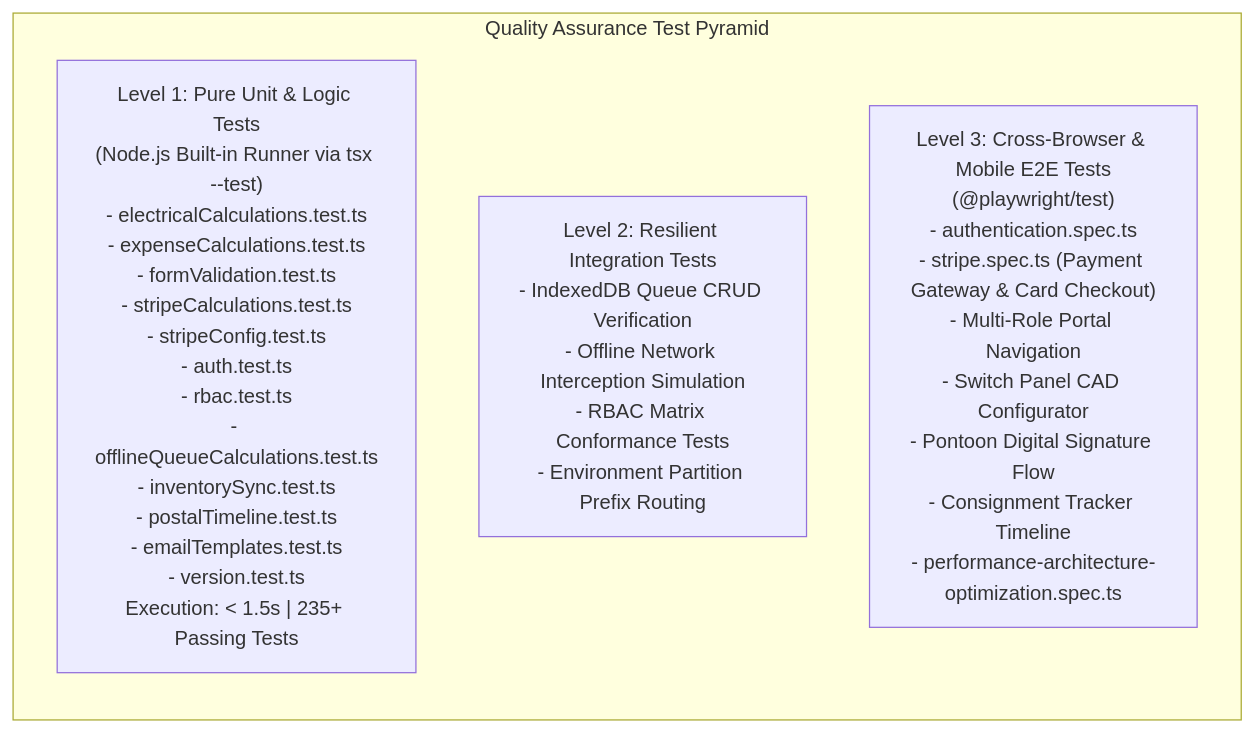
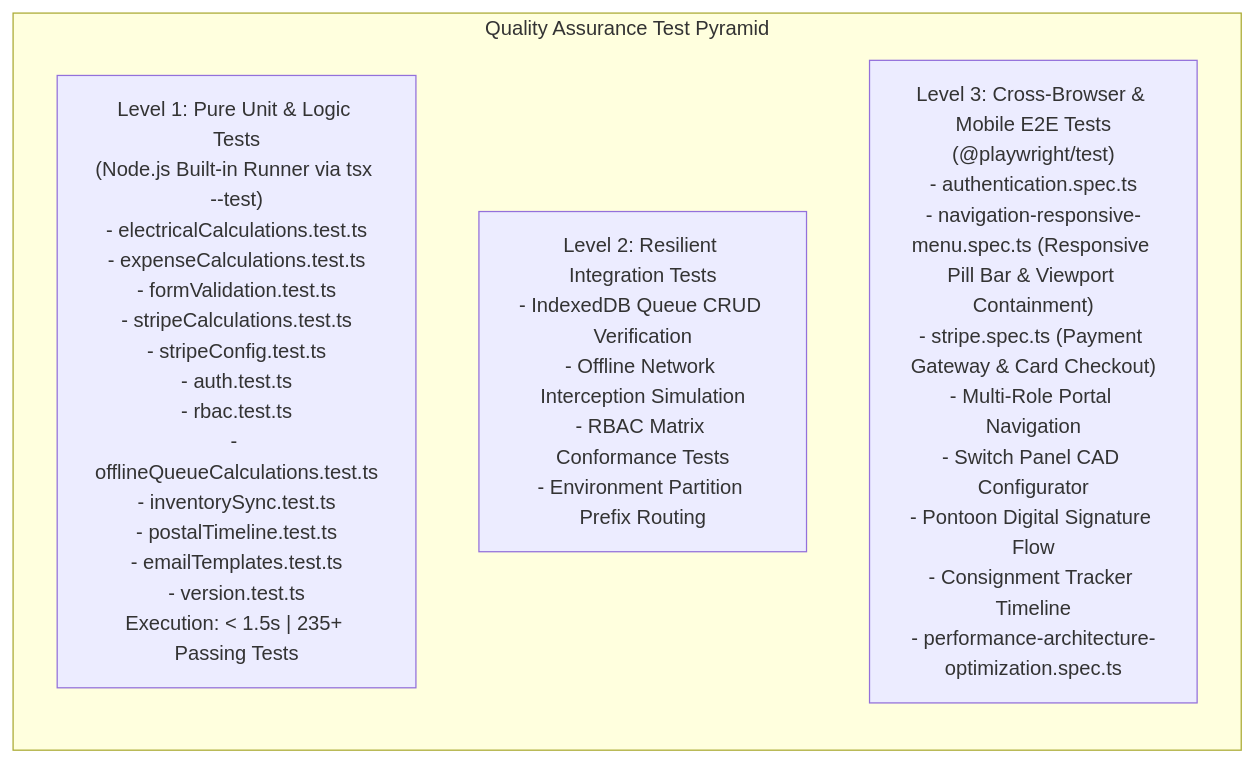
Before and after one commit to AnthonyWrather/ajwmes: the sixth of 7 diagrams in DESIGN.md, drawn with Mermaid. The commit also changed 3 other files, not shown here.

Commit message:
feat(navigation): unify consistent bordered pill styling, add domain icons, and fix admin viewport containment

````diff
--- a/DESIGN.md
+++ b/DESIGN.md
@@ -530,11 +530,11 @@
 ```mermaid
 graph BT
     subgraph TestPyramid["Quality Assurance Test Pyramid"]
         direction BT
         Unit["Level 1: Pure Unit & Logic Tests\n(Node.js Built-in Runner via tsx --test)\n- electricalCalculations.test.ts\n- expenseCalculations.test.ts\n- formValidation.test.ts\n- stripeCalculations.test.ts\n- stripeConfig.test.ts\n- auth.test.ts\n- rbac.test.ts\n- offlineQueueCalculations.test.ts\n- inventorySync.test.ts\n- postalTimeline.test.ts\n- emailTemplates.test.ts\n- version.test.ts\nExecution: < 1.5s | 235+ Passing Tests"]
         
         Integration["Level 2: Resilient Integration Tests\n- IndexedDB Queue CRUD Verification\n- Offline Network Interception Simulation\n- RBAC Matrix Conformance Tests\n- Environment Partition Prefix Routing"]
         
-        E2E["Level 3: Cross-Browser & Mobile E2E Tests\n(@playwright/test)\n- authentication.spec.ts\n- stripe.spec.ts (Payment Gateway & Card Checkout)\n- Multi-Role Portal Navigation\n- Switch Panel CAD Configurator\n- Pontoon Digital Signature Flow\n- Consignment Tracker Timeline\n- performance-architecture-optimization.spec.ts"]
+        E2E["Level 3: Cross-Browser & Mobile E2E Tests\n(@playwright/test)\n- authentication.spec.ts\n- navigation-responsive-menu.spec.ts (Responsive Pill Bar & Viewport Containment)\n- stripe.spec.ts (Payment Gateway & Card Checkout)\n- Multi-Role Portal Navigation\n- Switch Panel CAD Configurator\n- Pontoon Digital Signature Flow\n- Consignment Tracker Timeline\n- performance-architecture-optimization.spec.ts"]
     end
 ```
````
